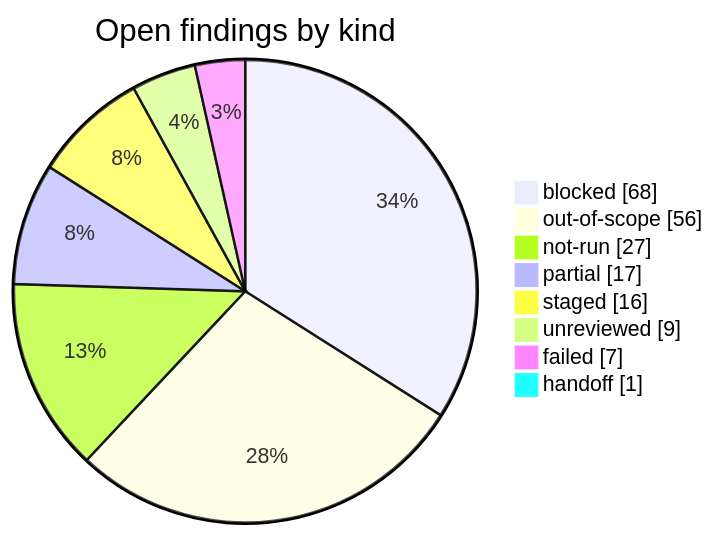
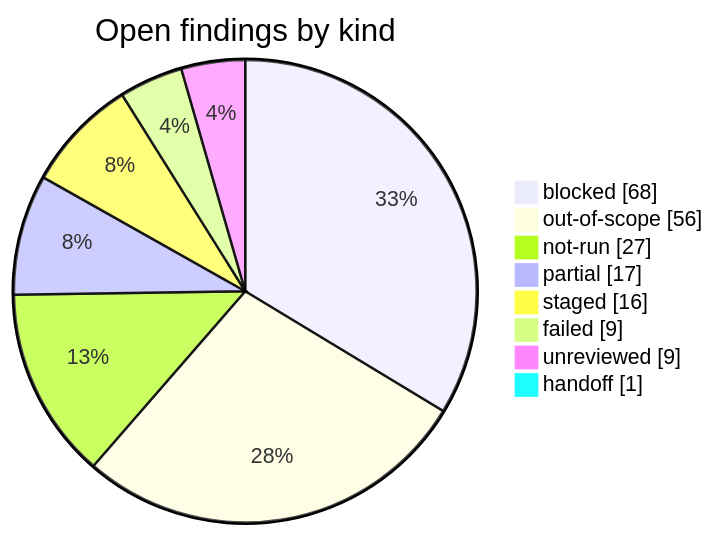
The diagram in research/open-findings.md (korczis/OpenTTD), drawn with Mermaid before and after one commit. The commit also changed other lines of this file and 3 other files, not shown here.

````diff
--- a/research/open-findings.md
+++ b/research/open-findings.md
@@ -36,12 +36,12 @@
 ```mermaid
 pie showData title Open findings by kind
-    %% links: open-findings.md?col=Kind&filter=blocked#findings | open-findings.md?col=Kind&filter=out-of-scope#findings | open-findings.md?col=Kind&filter=not-run#findings | open-findings.md?col=Kind&filter=partial#findings | open-findings.md?col=Kind&filter=staged#findings | open-findings.md?col=Kind&filter=unreviewed#findings | open-findings.md?col=Kind&filter=failed#findings | open-findings.md?col=Kind&filter=handoff#findings
+    %% links: open-findings.md?col=Kind&filter=blocked#findings | open-findings.md?col=Kind&filter=out-of-scope#findings | open-findings.md?col=Kind&filter=not-run#findings | open-findings.md?col=Kind&filter=partial#findings | open-findings.md?col=Kind&filter=staged#findings | open-findings.md?col=Kind&filter=failed#findings | open-findings.md?col=Kind&filter=unreviewed#findings | open-findings.md?col=Kind&filter=handoff#findings
     "blocked" : 68
     "out-of-scope" : 56
     "not-run" : 27
     "partial" : 17
     "staged" : 16
+    "failed" : 9
     "unreviewed" : 9
-    "failed" : 7
     "handoff" : 1
 ```
````
